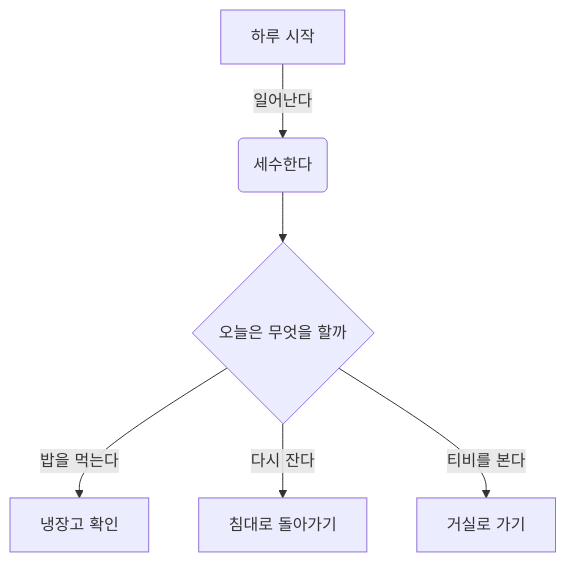
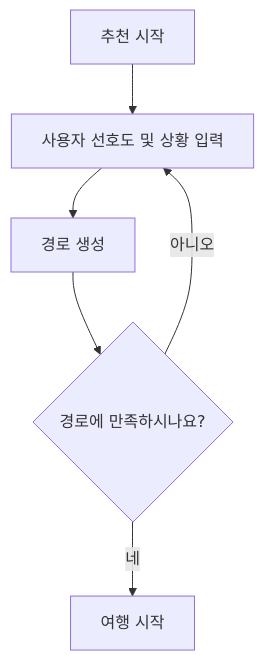
One commit to eileen-2/whaleride.github.io changed the fifth of 8 diagrams in README.md. Above: the diagram before and after it, drawn with Mermaid. The commit also changed other lines of this file and 24 other files, not shown here.

````diff
--- a/README.md
+++ b/README.md
@@ -531,8 +486,8 @@
 ```mermaid
-		graph TD
-	    A[하루 시작] -->|일어난다| B(세수한다)
-	    B --> C{오늘은 무엇을 할까}
-	    C -->|밥을 먹는다| D[냉장고 확인]
-	    C -->|다시 잔다| E[침대로 돌아가기]
-	    C -->|티비를 본다| F[거실로 가기]
+    graph TD
+        A[추천 시작] --> B[사용자 선호도 및 상황 입력]
+        B --> C[경로 생성]
+        C --> D{경로에 만족하시나요?}
+        D --> |네| E[여행 시작]
+        D --> |아니오| B
 ```
````
